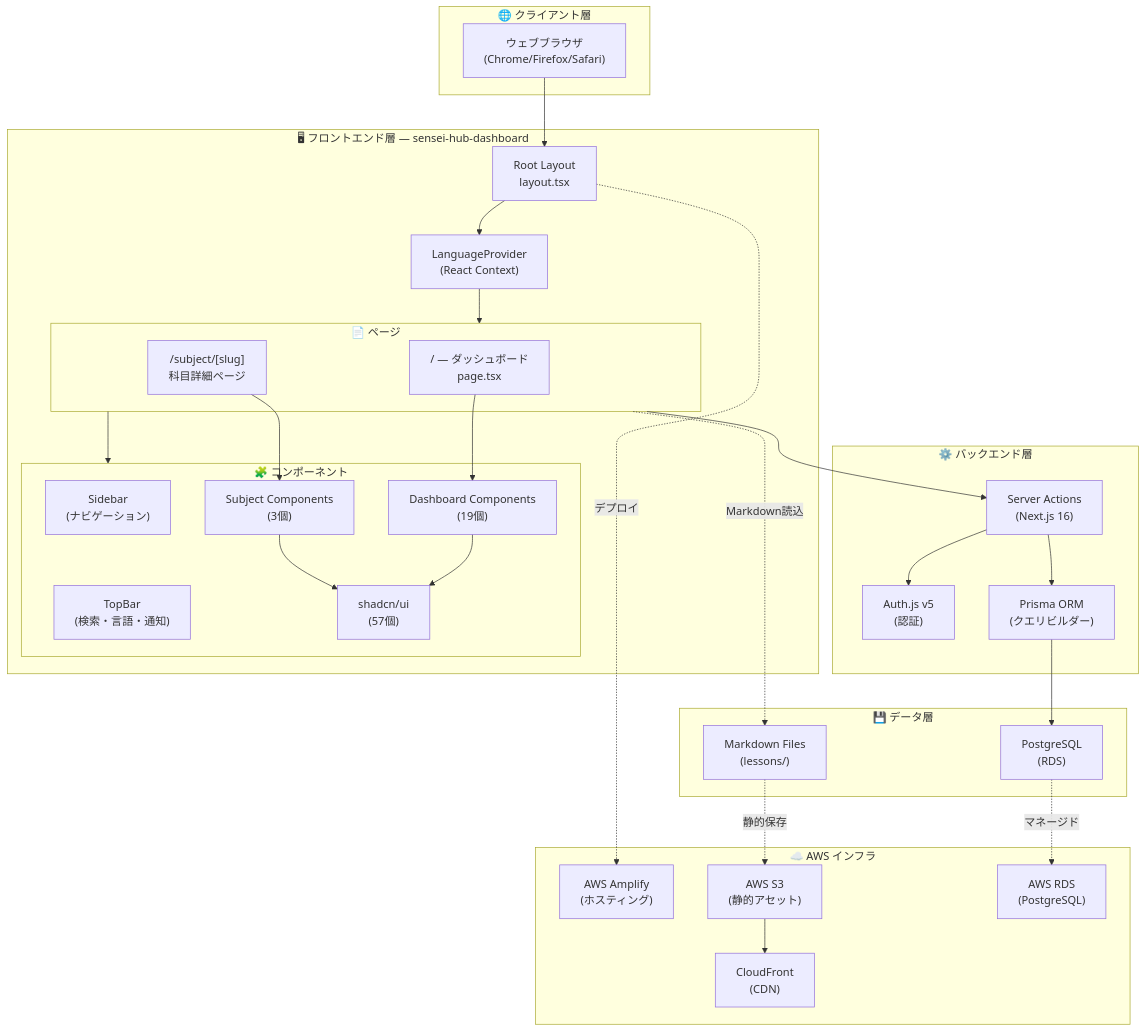
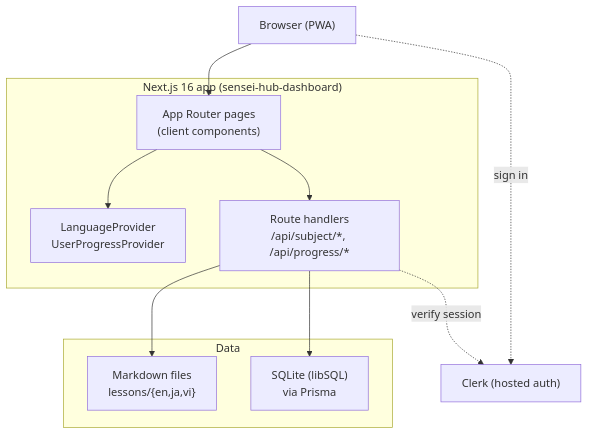
One commit to bakaryuu1997-sys/Sensei-Hub changed the diagram in docs/ARCHITECTURE.md. Above: the diagram before and after it, drawn with Mermaid. The commit also changed other lines of this file and 6 other files, not shown here.

First line of the commit message:
docs: rewrite docs to match Clerk + SQLite + EC2/Docker

````diff
--- a/docs/ARCHITECTURE.md
+++ b/docs/ARCHITECTURE.md
@@ -10,62 +11,25 @@
 ```mermaid
 graph TB
-    subgraph Client["🌐 クライアント層"]
-        Browser["ウェブブラウザ<br/>(Chrome/Firefox/Safari)"]
+    Browser["Browser (PWA)"]
+
+    subgraph App["Next.js 16 app (sensei-hub-dashboard)"]
+        Pages["App Router pages<br/>(client components)"]
+        API["Route handlers<br/>/api/subject/*, /api/progress/*"]
+        Providers["LanguageProvider<br/>UserProgressProvider"]
     end
 
-    subgraph Frontend["🖥 フロントエンド層 — sensei-hub-dashboard"]
-        Layout["Root Layout<br/>layout.tsx"]
-        LP["LanguageProvider<br/>(React Context)"]
-        
-        subgraph Pages["📄 ページ"]
-            Dashboard["/ — ダッシュボード<br/>page.tsx"]
-            Subject["/subject/[slug]<br/>科目詳細ページ"]
-        end
-
-        subgraph Comp["🧩 コンポーネント"]
-            SB["Sidebar<br/>(ナビゲーション)"]
-            TB["TopBar<br/>(検索・言語・通知)"]
-            DC["Dashboard Components<br/>(19個)"]
-            SC["Subject Components<br/>(3個)"]
-            UI["shadcn/ui<br/>(57個)"]
-        end
+    subgraph Data["Data"]
+        Lessons["Markdown files<br/>lessons/{en,ja,vi}"]
+        SQLite["SQLite (libSQL)<br/>via Prisma"]
     end
 
-    subgraph Backend["⚙️ バックエンド層"]
-        SA["Server Actions<br/>(Next.js 16)"]
-        Auth["Auth.js v5<br/>(認証)"]
-        Prisma["Prisma ORM<br/>(クエリビルダー)"]
-    end
+    Clerk["Clerk (hosted auth)"]
 
-    subgraph Data["💾 データ層"]
-        PG["PostgreSQL<br/>(RDS)"]
-        MD["Markdown Files<br/>(lessons/)"]
-    end
-
-    subgraph Infra["☁️ AWS インフラ"]
-        Amplify["AWS Amplify<br/>(ホスティング)"]
-        S3["AWS S3<br/>(静的アセット)"]
-        CF["CloudFront<br/>(CDN)"]
-        RDS["AWS RDS<br/>(PostgreSQL)"]
-    end
-
-    Browser --> Layout
-    Layout --> LP
-    LP --> Pages
-    Pages --> Comp
-    Dashboard --> DC
-    Subject --> SC
-    DC --> UI
-    SC --> UI
-
-    Pages --> SA
-    SA --> Auth
-    SA --> Prisma
-    Prisma --> PG
-    Pages -.->|Markdown読込| MD
-
-    Layout -.->|デプロイ| Amplify
-    MD -.->|静的保存| S3
-    S3 --> CF
-    PG -.->|マネージド| RDS
+    Browser --> Pages
+    Pages --> Providers
+    Pages --> API
+    API --> Lessons
+    API --> SQLite
+    Browser -. sign in .-> Clerk
+    API -. verify session .-> Clerk
 ```
````
